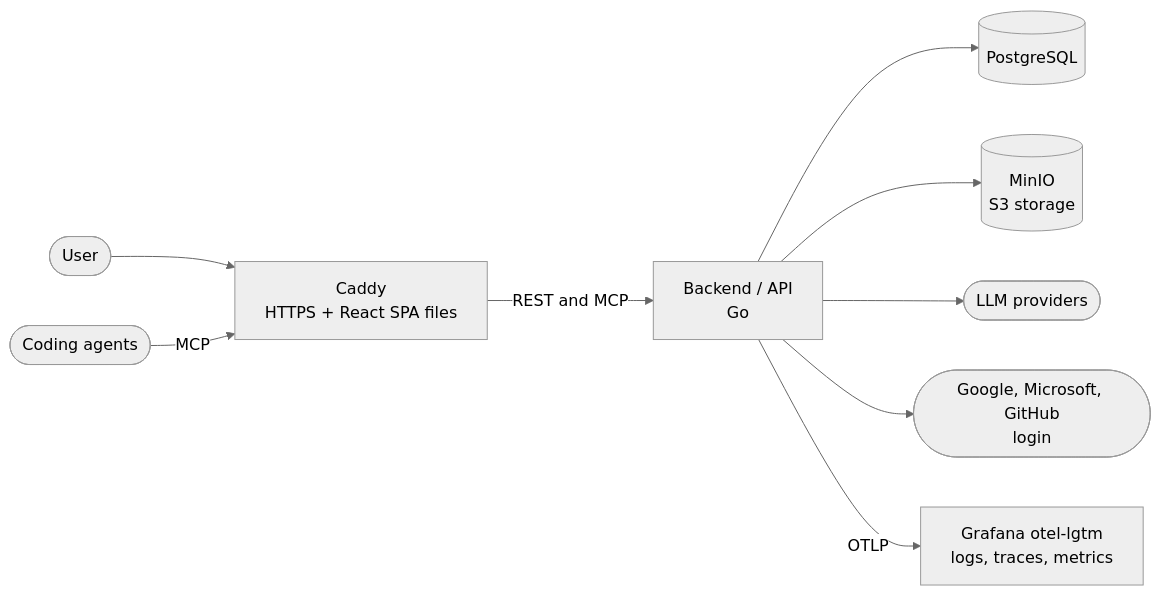
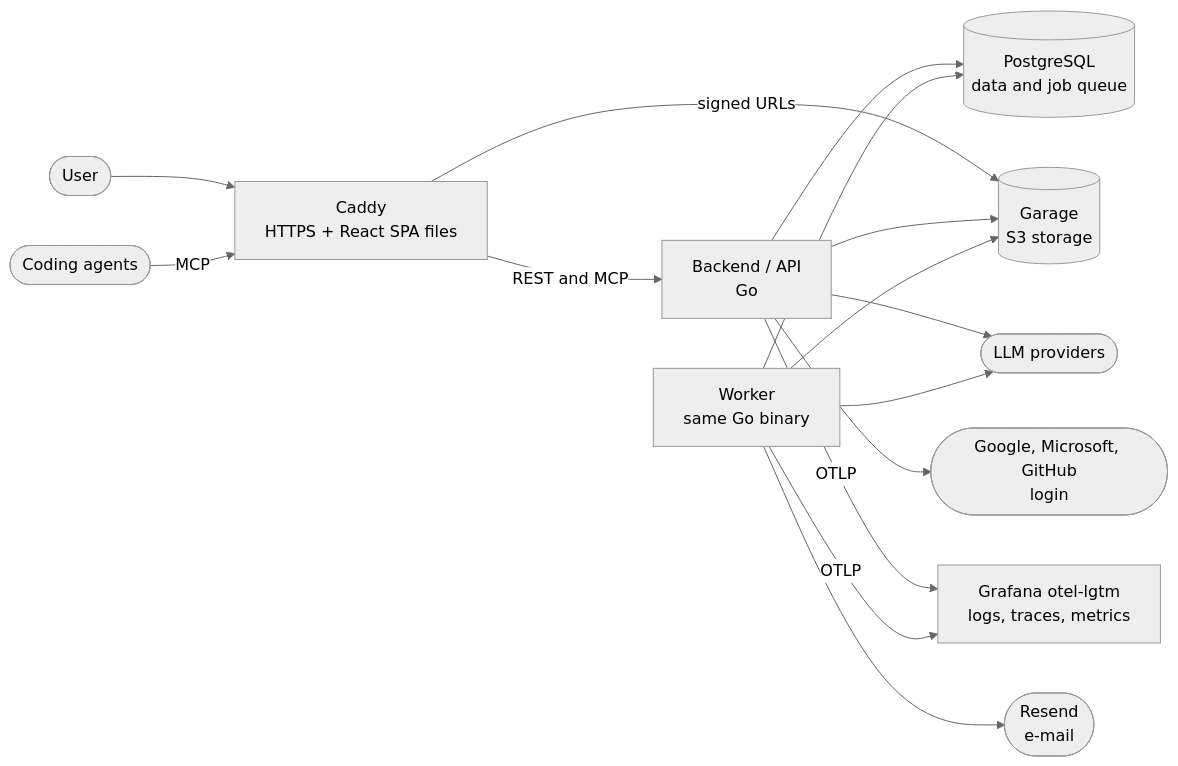
Before and after one commit to dannilodms/forgespark: the diagram in README.md, drawn with Mermaid (neutral theme). The commit also changed other lines of this file and 5 other files, not shown here.

First line of the commit message:
docs: record background jobs, file storage and e-mail

````diff
--- a/README.md
+++ b/README.md
@@ -43,11 +43,17 @@
 ```mermaid
 flowchart LR
     user([User]) --> proxy[Caddy<br/>HTTPS + React SPA files]
     agents([Coding agents]) -->|MCP| proxy
     proxy -->|REST and MCP| api[Backend / API<br/>Go]
-    api --> db[(PostgreSQL)]
-    api --> storage[(MinIO<br/>S3 storage)]
+    proxy -->|signed URLs| storage[(Garage<br/>S3 storage)]
+    api --> db[(PostgreSQL<br/>data and job queue)]
+    api --> storage
     api --> llm([LLM providers])
     api --> idp([Google, Microsoft, GitHub<br/>login])
     api -->|OTLP| telemetry[Grafana otel-lgtm<br/>logs, traces, metrics]
+    worker[Worker<br/>same Go binary] --> db
+    worker --> storage
+    worker --> llm
+    worker --> mail([Resend<br/>e-mail])
+    worker -->|OTLP| telemetry
 ```
````
